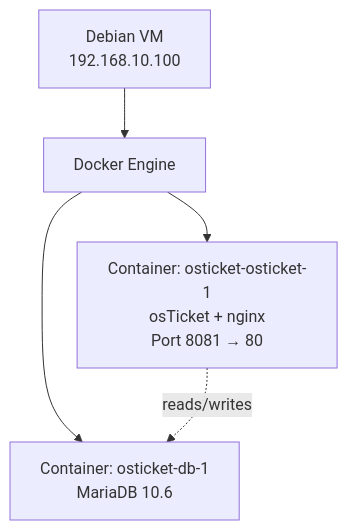
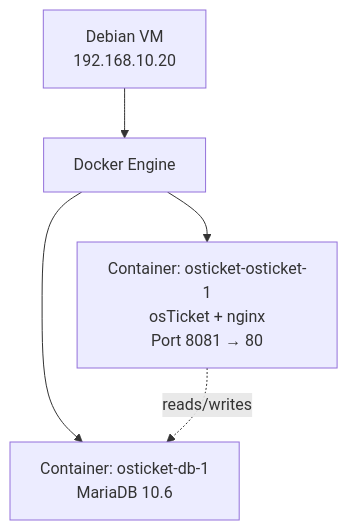
The diagram in docs/10-osticket-setup.md (Ofendor/Service-Desk-Support-Lab), drawn with Mermaid before and after one commit. The commit also changed other lines of this file and 1 other file, not shown here.

````diff
--- a/docs/10-osticket-setup.md
+++ b/docs/10-osticket-setup.md
@@ -18,12 +18,12 @@
 ```mermaid
 flowchart TB
-    Debian[Debian VM<br/>192.168.10.100]
+    Debian[Debian VM<br/>192.168.10.20]
     Docker[Docker Engine]
     DB[Container: osticket-db-1<br/>MariaDB 10.6]
     OST[Container: osticket-osticket-1<br/>osTicket + nginx<br/>Port 8081 → 80]
 
     Debian --> Docker
     Docker --> DB
     Docker --> OST
     OST -.->|reads/writes| DB
 ```
````
